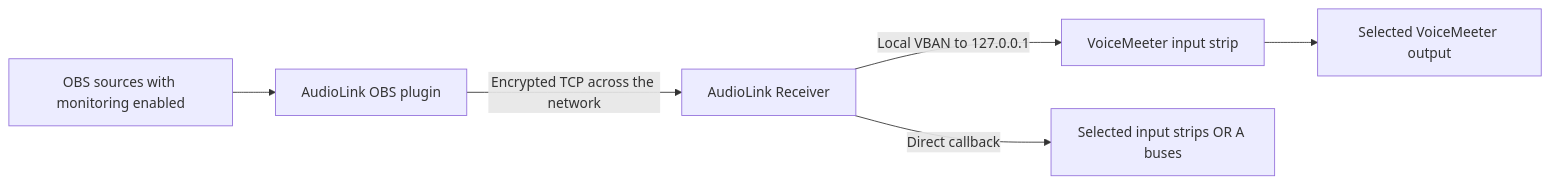
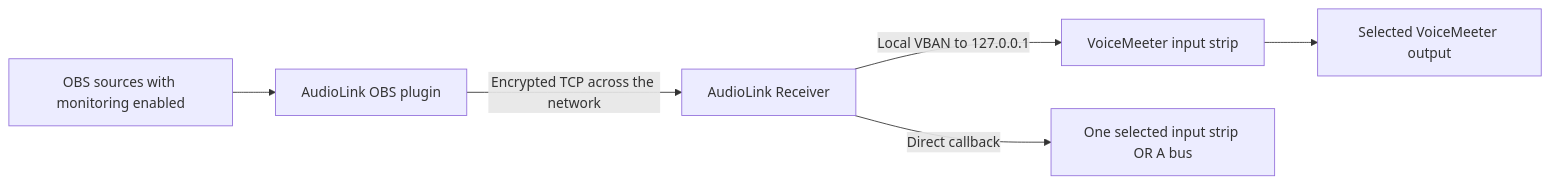
The diagram in README.md (torment78/Elka.AudioLink), drawn with Mermaid before and after one commit. The commit also changed other lines of this file and 27 other files, not shown here.

Commit message:
Add single-channel callback selection and live bus return fader

````diff
--- a/README.md
+++ b/README.md
@@ -22,8 +21,8 @@
 ```mermaid
 flowchart LR
     A[OBS sources with monitoring enabled] --> B[AudioLink OBS plugin]
     B -->|Encrypted TCP across the network| C[AudioLink Receiver]
     C -->|Local VBAN to 127.0.0.1| D[VoiceMeeter input strip]
-    C -->|Direct callback| F[Selected input strips OR A buses]
+    C -->|Direct callback| F[One selected input strip OR A bus]
     D --> E[Selected VoiceMeeter output]
 ```
````
